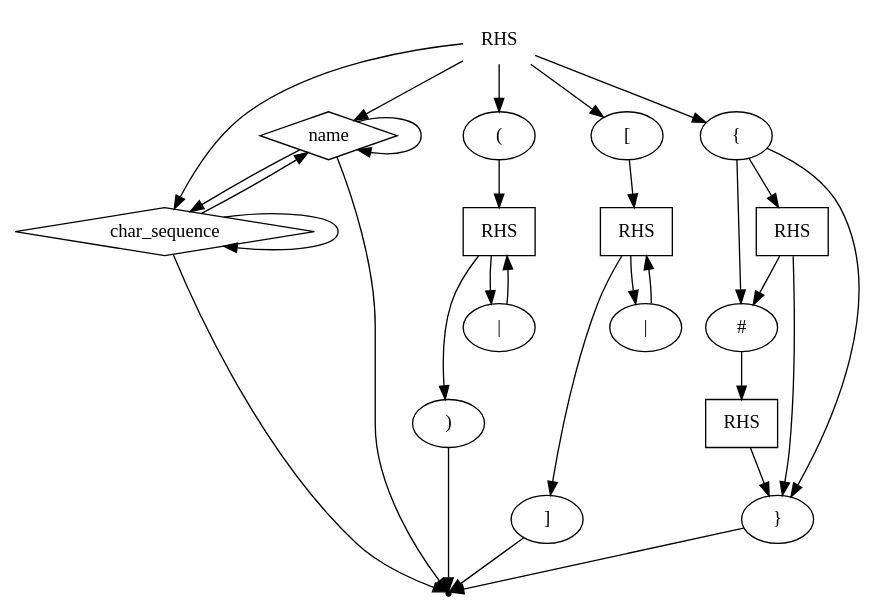
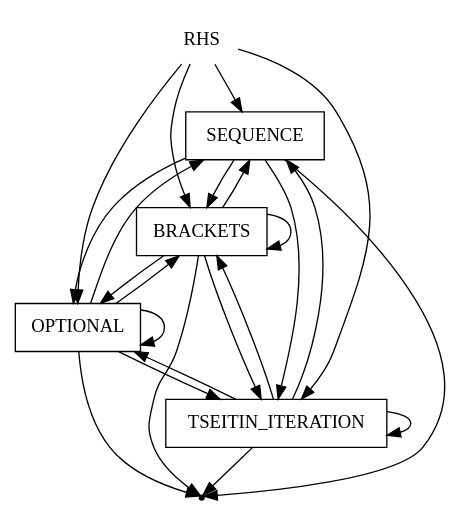
One commit to aVorotnikov/dsl_generator changed the diagram in _examples/rbnf/rhs.gv. Above: the diagram before and after it, drawn with Graphviz. The commit also changed 7 other files, not shown here.

```diff
--- a/_examples/rbnf/rhs.gv
+++ b/_examples/rbnf/rhs.gv
@@ -1,48 +1,31 @@
 digraph RHS {
     start [label=RHS shape=plaintext]
-    A [label=name shape=diamond]
-    B [label=char_sequence shape=diamond]
-    C [label="(" shape=oval]
-    D [label=RHS shape=box]
-    E [label=")" shape=oval]
-    F [label="|" shape=oval]
-    G [label="[" shape=oval]
-    H [label=RHS shape=box]
-    I [label="]" shape=oval]
-    J [label="|" shape=oval]
-    K [label="{" shape=oval]
-    L [label=RHS shape=box]
-    M [label="#" shape=oval]
-    N [label=RHS shape=box]
-    O [label="}" shape=oval]
+    A [label=SEQUENCE shape=box]
+    B [label=BRACKETS shape=box]
+    C [label=OPTIONAL shape=box]
+    D [label=TSEITIN_ITERATION shape=box]
     end [label="" shape=point]
     start -> A
     start -> B
-    A -> A
+    start -> C
+    start -> D
     A -> B
+    A -> C
+    A -> D
     A -> end
     B -> A
     B -> B
+    B -> C
+    B -> D
     B -> end
-    start -> C
+    C -> A
+    C -> B
+    C -> C
     C -> D
-    D -> E
-    D -> F
-    F -> D
-    E -> end
-    start -> G
-    G -> H
-    H -> I
-    H -> J
-    J -> H
-    I -> end
-    start -> K
-    K -> L
-    K -> M
-    K -> O
-    L -> M
-    L -> O
-    M -> N
-    N -> O
-    O -> end
+    C -> end
+    D -> A
+    D -> B
+    D -> C
+    D -> D
+    D -> end
 }
```
